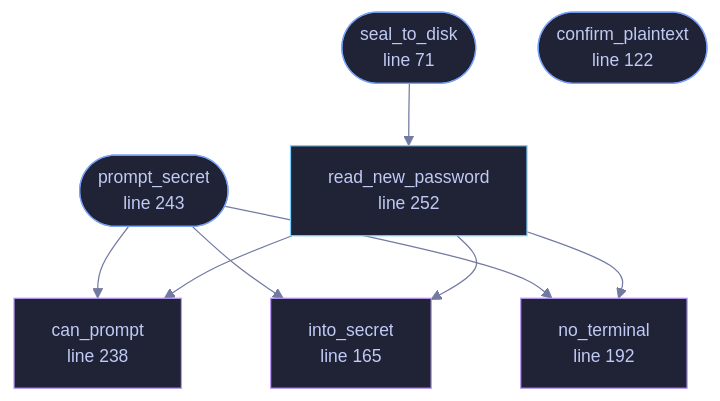
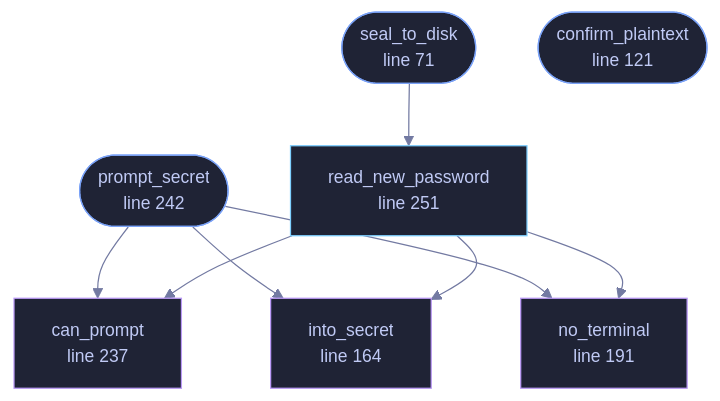
One commit to tilas01/veilvoice changed the diagram in wiki/File-veilvoice-cli-atrest.md. Above: the diagram before and after it, drawn with Mermaid. The commit also changed other lines of this file and 64 other files, not shown here.

````diff
--- a/wiki/File-veilvoice-cli-atrest.md
+++ b/wiki/File-veilvoice-cli-atrest.md
@@ -77,31 +77,31 @@
 ```mermaid
 %%{init: {"theme":"base","themeVariables":{"background":"#1a1b26","primaryColor":"#1f2335","primaryTextColor":"#c0caf5","primaryBorderColor":"#7aa2f7","secondaryColor":"#16161e","tertiaryColor":"#16161e","lineColor":"#737aa2","textColor":"#c0caf5","mainBkg":"#1f2335","nodeBorder":"#7aa2f7","clusterBkg":"#16161e","clusterBorder":"#2f3549","fontFamily":"ui-monospace, SFMono-Regular, Consolas, monospace","fontSize":"14px"}}}%%
 flowchart TD
     n_seal_to_disk(["seal_to_disk<br/>line 71"])
-    n_confirm_plaintext(["confirm_plaintext<br/>line 122"])
-    n_into_secret["into_secret<br/>line 165"]
-    n_no_terminal["no_terminal<br/>line 192"]
-    n_can_prompt["can_prompt<br/>line 238"]
-    n_prompt_secret(["prompt_secret<br/>line 243"])
-    n_read_new_password["read_new_password<br/>line 252"]
+    n_confirm_plaintext(["confirm_plaintext<br/>line 121"])
+    n_into_secret["into_secret<br/>line 164"]
+    n_no_terminal["no_terminal<br/>line 191"]
+    n_can_prompt["can_prompt<br/>line 237"]
+    n_prompt_secret(["prompt_secret<br/>line 242"])
+    n_read_new_password["read_new_password<br/>line 251"]
     n_prompt_secret --> n_can_prompt
     n_prompt_secret --> n_into_secret
     n_prompt_secret --> n_no_terminal
     n_read_new_password --> n_can_prompt
     n_read_new_password --> n_into_secret
     n_read_new_password --> n_no_terminal
     n_seal_to_disk --> n_read_new_password
     click n_seal_to_disk href "https://github.com/tilas01/veilvoice/blob/main/crates/veilvoice-cli/src/atrest.rs#L71" "open the source"
-    click n_confirm_plaintext href "https://github.com/tilas01/veilvoice/blob/main/crates/veilvoice-cli/src/atrest.rs#L122" "open the source"
-    click n_into_secret href "https://github.com/tilas01/veilvoice/blob/main/crates/veilvoice-cli/src/atrest.rs#L165" "open the source"
-    click n_no_terminal href "https://github.com/tilas01/veilvoice/blob/main/crates/veilvoice-cli/src/atrest.rs#L192" "open the source"
-    click n_can_prompt href "https://github.com/tilas01/veilvoice/blob/main/crates/veilvoice-cli/src/atrest.rs#L238" "open the source"
-    click n_prompt_secret href "https://github.com/tilas01/veilvoice/blob/main/crates/veilvoice-cli/src/atrest.rs#L243" "open the source"
-    click n_read_new_password href "https://github.com/tilas01/veilvoice/blob/main/crates/veilvoice-cli/src/atrest.rs#L252" "open the source"
+    click n_confirm_plaintext href "https://github.com/tilas01/veilvoice/blob/main/crates/veilvoice-cli/src/atrest.rs#L121" "open the source"
+    click n_into_secret href "https://github.com/tilas01/veilvoice/blob/main/crates/veilvoice-cli/src/atrest.rs#L164" "open the source"
+    click n_no_terminal href "https://github.com/tilas01/veilvoice/blob/main/crates/veilvoice-cli/src/atrest.rs#L191" "open the source"
+    click n_can_prompt href "https://github.com/tilas01/veilvoice/blob/main/crates/veilvoice-cli/src/atrest.rs#L237" "open the source"
+    click n_prompt_secret href "https://github.com/tilas01/veilvoice/blob/main/crates/veilvoice-cli/src/atrest.rs#L242" "open the source"
+    click n_read_new_password href "https://github.com/tilas01/veilvoice/blob/main/crates/veilvoice-cli/src/atrest.rs#L251" "open the source"
     classDef entry fill:#1f2335,stroke:#7aa2f7,color:#c0caf5
     class n_seal_to_disk,n_confirm_plaintext,n_prompt_secret entry
     classDef api fill:#1f2335,stroke:#7dcfff,color:#c0caf5
     class n_read_new_password api
     classDef helper fill:#1f2335,stroke:#bb9af7,color:#c0caf5
     class n_into_secret,n_no_terminal,n_can_prompt helper
 ```
````
